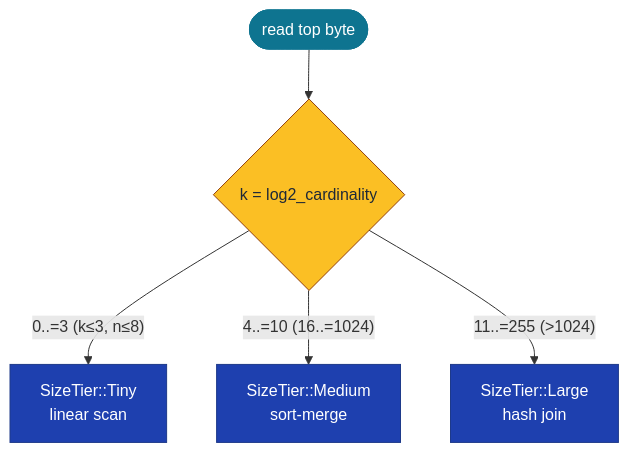
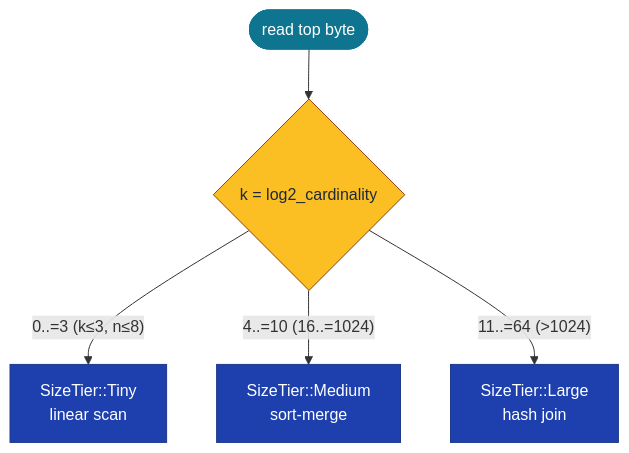
Before and after one commit to Variably-Constant/SubEtha: the second of 2 diagrams in wiki/content/docs/reference/subetha-pointers/exotic-pointers/cardinality-pointer.md, drawn with Mermaid. The commit also changed other lines of this file and 471 other files, not shown here.

````diff
--- a/wiki/content/docs/reference/subetha-pointers/exotic-pointers/cardinality-pointer.md
+++ b/wiki/content/docs/reference/subetha-pointers/exotic-pointers/cardinality-pointer.md
@@ -183,14 +180,14 @@
 ```mermaid
 flowchart TD
     Start([read top byte]) --> K{k = log2_cardinality}
     K -->|"0..=3 (k≤3, n≤8)"| Tiny[SizeTier::Tiny<br/>linear scan]
     K -->|"4..=10 (16..=1024)"| Medium[SizeTier::Medium<br/>sort-merge]
-    K -->|"11..=255 (>1024)"| Large[SizeTier::Large<br/>hash join]
+    K -->|"11..=64 (>1024)"| Large[SizeTier::Large<br/>hash join]
 
     classDef startend fill:#0e7490,stroke:#0e7490,color:#ffffff
     classDef decision fill:#fbbf24,stroke:#92400e,color:#1f2937
     classDef tier fill:#1e40af,stroke:#1e3a8a,color:#ffffff
     class Start startend
     class K decision
     class Tiny,Medium,Large tier
 ```
````
